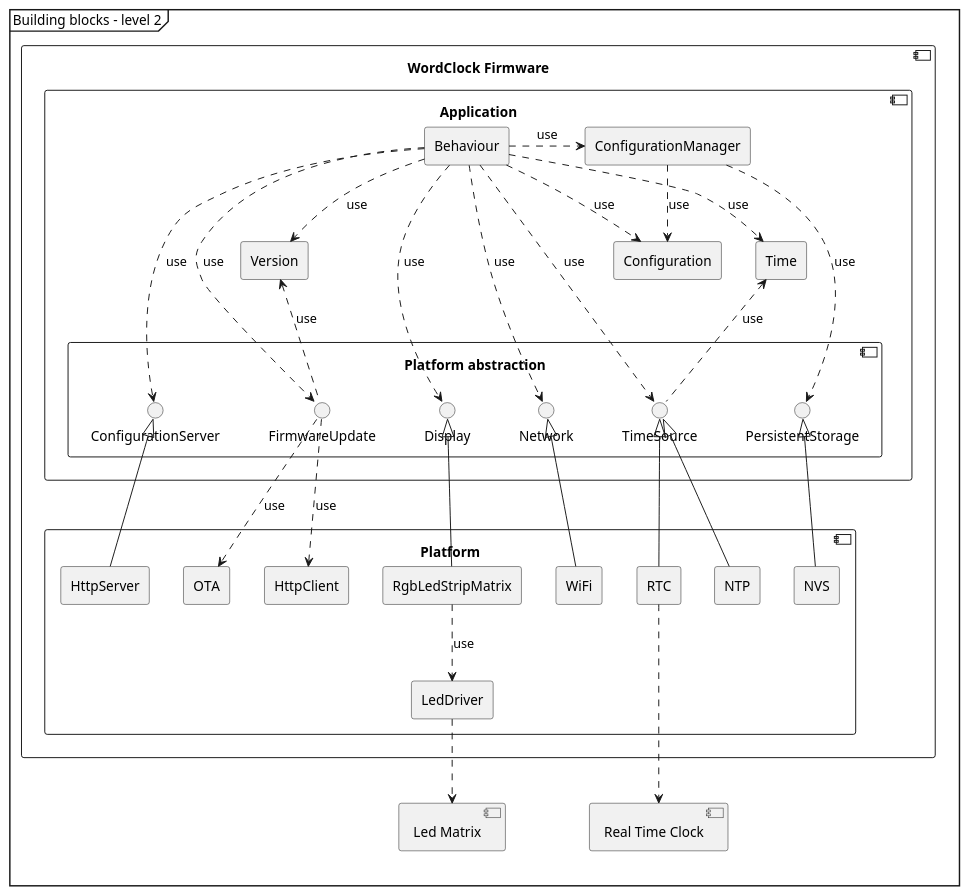
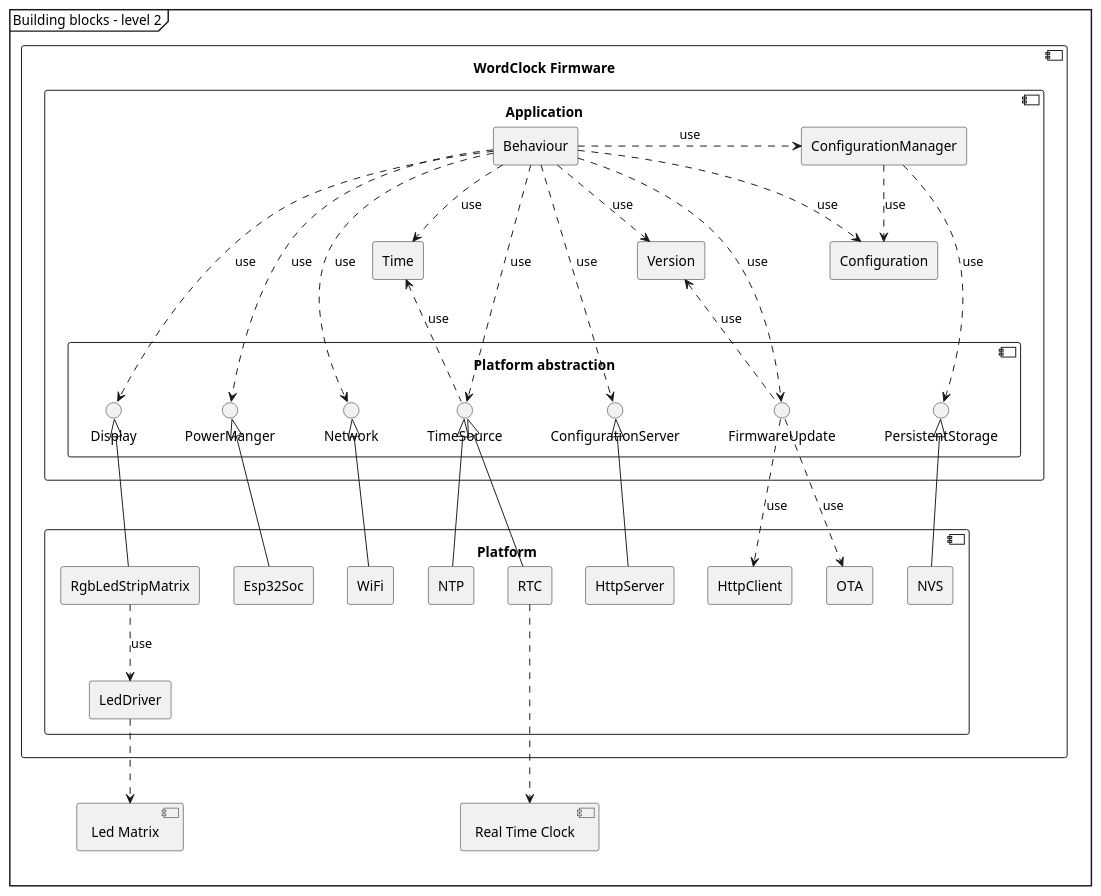
One commit to lmayencourt/wordclock changed the diagram in doc/uml/2_solution_description/system_structure/building_blocks_lvl_2.puml. Above: the diagram before and after it, drawn with PlantUML. The commit also changed 1 other file, not shown here.

```diff
--- a/doc/uml/2_solution_description/system_structure/building_blocks_lvl_2.puml
+++ b/doc/uml/2_solution_description/system_structure/building_blocks_lvl_2.puml
@@ -1,65 +1,69 @@
 @startuml
 mainframe Building blocks - level 2
 
 component "WordClock Firmware" as clk_fw{
     component Application {
         rectangle Behaviour
         rectangle Configuration
         rectangle ConfigurationManager
         rectangle Version
         rectangle Time
 
         component "Platform abstraction" as pal {
             interface Display
             interface PersistentStorage
+            interface PowerManger
             interface Network
             interface TimeSource
             interface FirmwareUpdate
             interface ConfigurationServer
         }
     }
 
     component Platform {
+        rectangle Esp32Soc
         rectangle RgbLedStripMatrix
         rectangle LedDriver
         rectangle NTP
         rectangle RTC
         rectangle NVS
         rectangle WiFi
         rectangle HttpClient
         rectangle OTA
         rectangle HttpServer
     }
 }
 
 component "Real Time Clock" as Rtc
 component "Led Matrix" as Led_matrix
 
 Behaviour .> Configuration: use
 Behaviour .> ConfigurationManager: use
 Behaviour .> Time: use
 Behaviour ..> Network: use
 Behaviour ..> Display: use
 Behaviour ..> Version: use
 Behaviour ..> FirmwareUpdate: use
 Behaviour ..> TimeSource: use
 Behaviour ..> ConfigurationServer: use
+Behaviour ..> PowerManger: use
 Time <.. TimeSource: use
 ConfigurationManager ..> PersistentStorage: use
 ConfigurationManager ..> Configuration: use
 Version <.. FirmwareUpdate: use
 
 Display <|-- RgbLedStripMatrix
 RgbLedStripMatrix ..> LedDriver: use
 PersistentStorage <|-- NVS
 Network <|-- WiFi
 TimeSource <|-- NTP
 TimeSource <|-- RTC
 ConfigurationServer <|-- HttpServer
 FirmwareUpdate ..> OTA: use
 FirmwareUpdate ..> HttpClient: use
+PowerManger <|-- Esp32Soc
 
 RTC ...> Rtc
 LedDriver ..> Led_matrix
 
 @enduml
```
